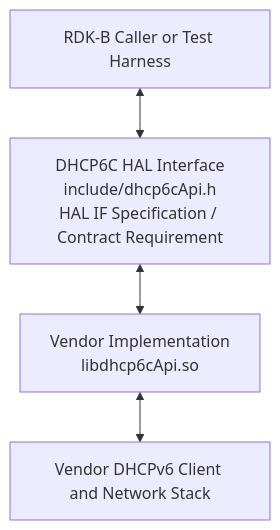
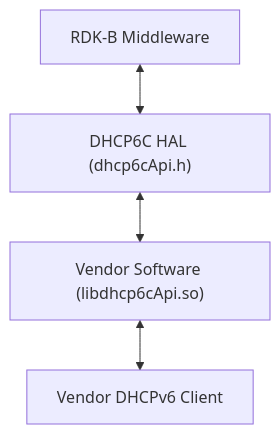
Before and after one commit to Blitzy-Sky/rdkb-halif-dhcp6c: the first of 2 diagrams in docs/pages/halSpec.md, drawn with Mermaid. The commit also changed other lines of this file, not shown here.

First line of the commit message:
docs: simplify the DHCP6C_HAL specification

````diff
--- a/docs/pages/halSpec.md
+++ b/docs/pages/halSpec.md
@@ -53,6 +31,6 @@
 ```mermaid
 flowchart TD
-    Caller["RDK-B Caller or Test Harness"] <--> HALIF["DHCP6C HAL Interface<br/>include/dhcp6cApi.h<br/>HAL IF Specification / Contract Requirement"]
-    HALIF <--> VendorWrapper["Vendor Implementation<br/>libdhcp6cApi.so"]
-    VendorWrapper <--> VendorClient["Vendor DHCPv6 Client and Network Stack"]
+    Caller["RDK-B Middleware"] <--> HAL["DHCP6C HAL (dhcp6cApi.h)"]
+    HAL <--> Vendor["Vendor Software (libdhcp6cApi.so)"]
+    Vendor <--> Client["Vendor DHCPv6 Client"]
 ```
````
